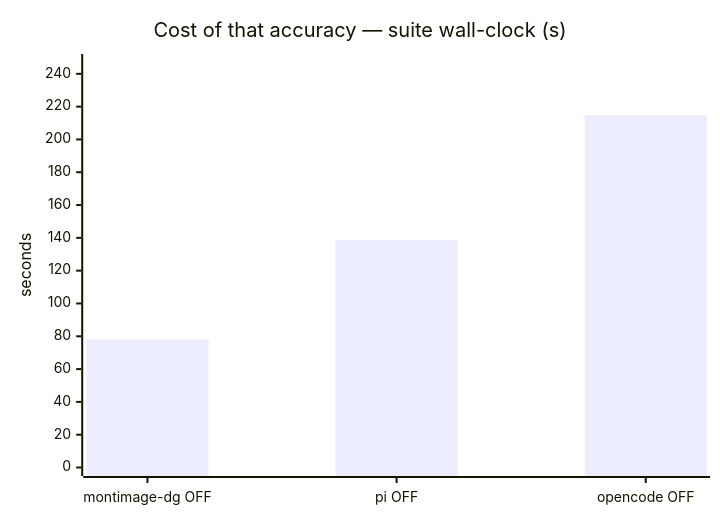
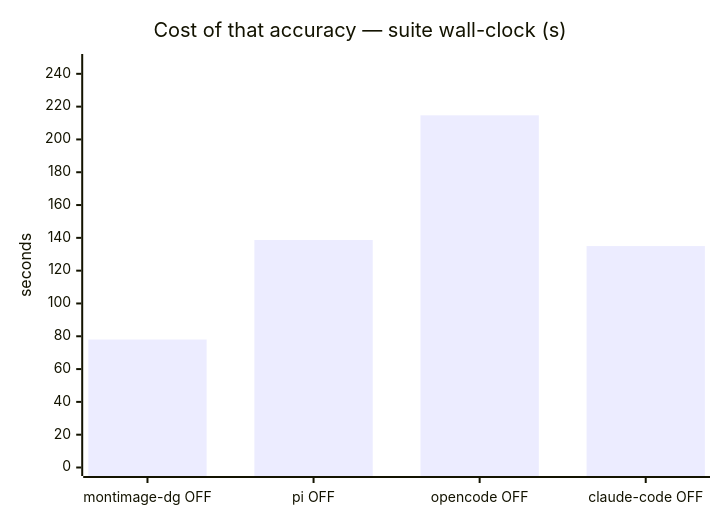
One commit to luongnv89/dgx-spark-llm-lab changed the second of 6 diagrams in results/2026-08-20-pi-harness/REPORT.md. Above: the diagram before and after it, drawn with Mermaid. The commit also changed other lines of this file and 12 other files, not shown here.

First line of the commit message:
Add the Claude Code harness adapter and fold it into the comparison (#1)

````diff
--- a/results/2026-08-20-pi-harness/REPORT.md
+++ b/results/2026-08-20-pi-harness/REPORT.md
@@ -35,7 +38,7 @@
 ```mermaid
 xychart-beta
     title "Cost of that accuracy — suite wall-clock (s)"
-    x-axis ["montimage-dg OFF", "pi OFF", "opencode OFF"]
+    x-axis ["montimage-dg OFF", "pi OFF", "opencode OFF", "claude-code OFF"]
     y-axis "seconds" 0 --> 246.9
-    bar [78.03, 138.7, 214.7]
+    bar [78.03, 138.7, 214.7, 135]
 ```
````
